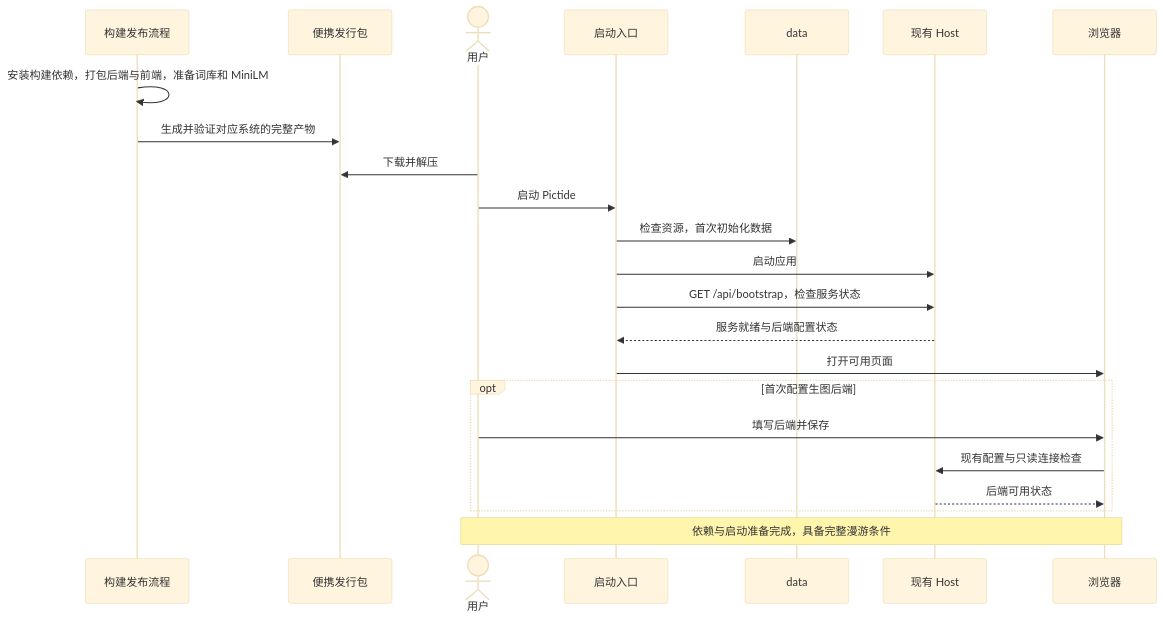
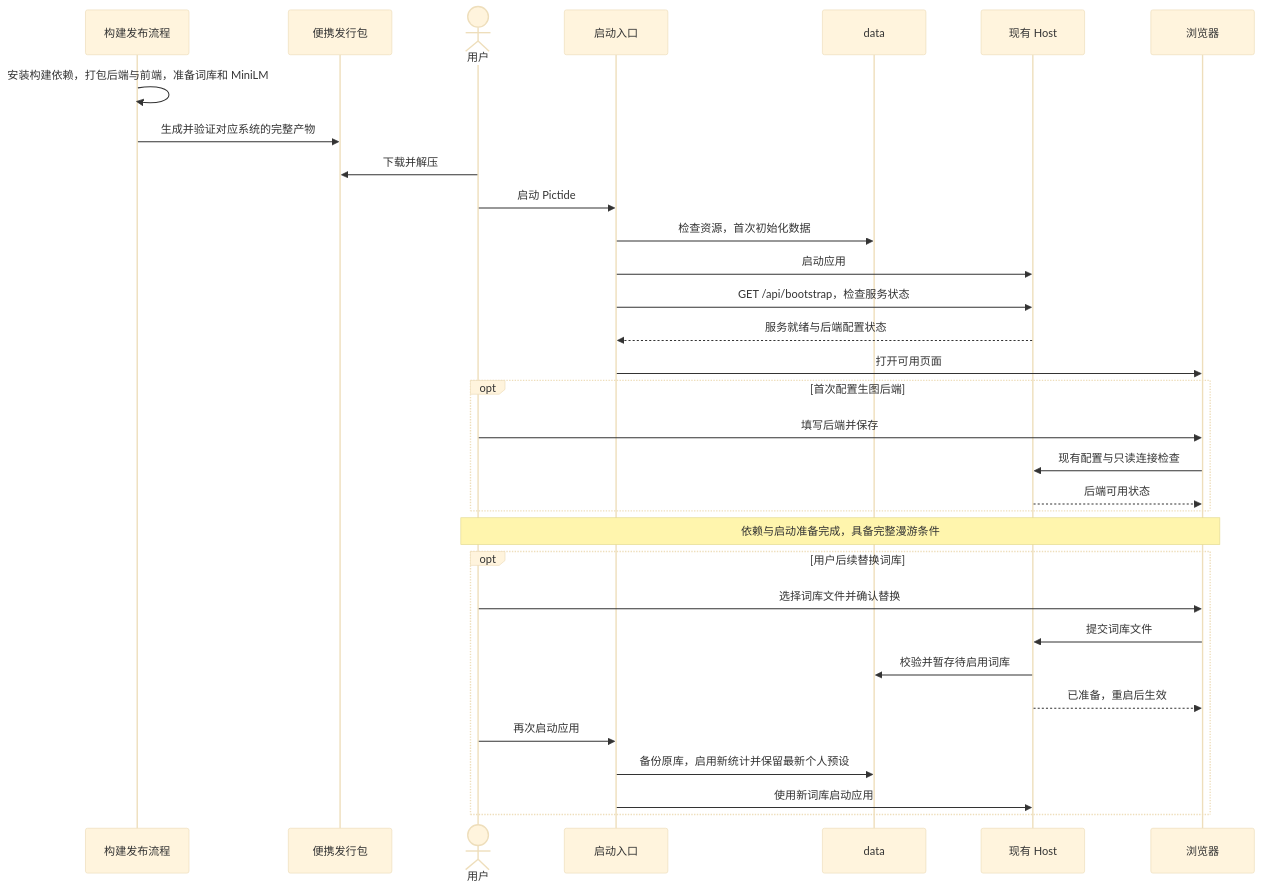
One commit to Lykr/pictide changed the second of 2 diagrams in docs/issues/automatic-startup.md. Above: the diagram before and after it, drawn with Mermaid (base theme). The commit also changed other lines of this file, not shown here.

Commit message:
Design replaceable vocabulary for portable users

````diff
--- a/docs/issues/automatic-startup.md
+++ b/docs/issues/automatic-startup.md
@@ -40,25 +44,34 @@
 ```mermaid
 sequenceDiagram
     participant Dev as 构建发布流程
     participant Package as 便携发行包
     actor User as 用户
     participant Start as 启动入口
     participant Data as data
     participant Host as 现有 Host
     participant UI as 浏览器
     Dev->>Dev: 安装构建依赖，打包后端与前端，准备词库和 MiniLM
     Dev->>Package: 生成并验证对应系统的完整产物
     User->>Package: 下载并解压
     User->>Start: 启动 Pictide
     Start->>Data: 检查资源，首次初始化数据
     Start->>Host: 启动应用
     Start->>Host: GET /api/bootstrap，检查服务状态
     Host-->>Start: 服务就绪与后端配置状态
     Start->>UI: 打开可用页面
     opt 首次配置生图后端
         User->>UI: 填写后端并保存
         UI->>Host: 现有配置与只读连接检查
         Host-->>UI: 后端可用状态
     end
     Note over User,UI: 依赖与启动准备完成，具备完整漫游条件
+    opt 用户后续替换词库
+        User->>UI: 选择词库文件并确认替换
+        UI->>Host: 提交词库文件
+        Host->>Data: 校验并暂存待启用词库
+        Host-->>UI: 已准备，重启后生效
+        User->>Start: 再次启动应用
+        Start->>Data: 备份原库，启用新统计并保留最新个人预设
+        Start->>Host: 使用新词库启动应用
+    end
 ```
````
